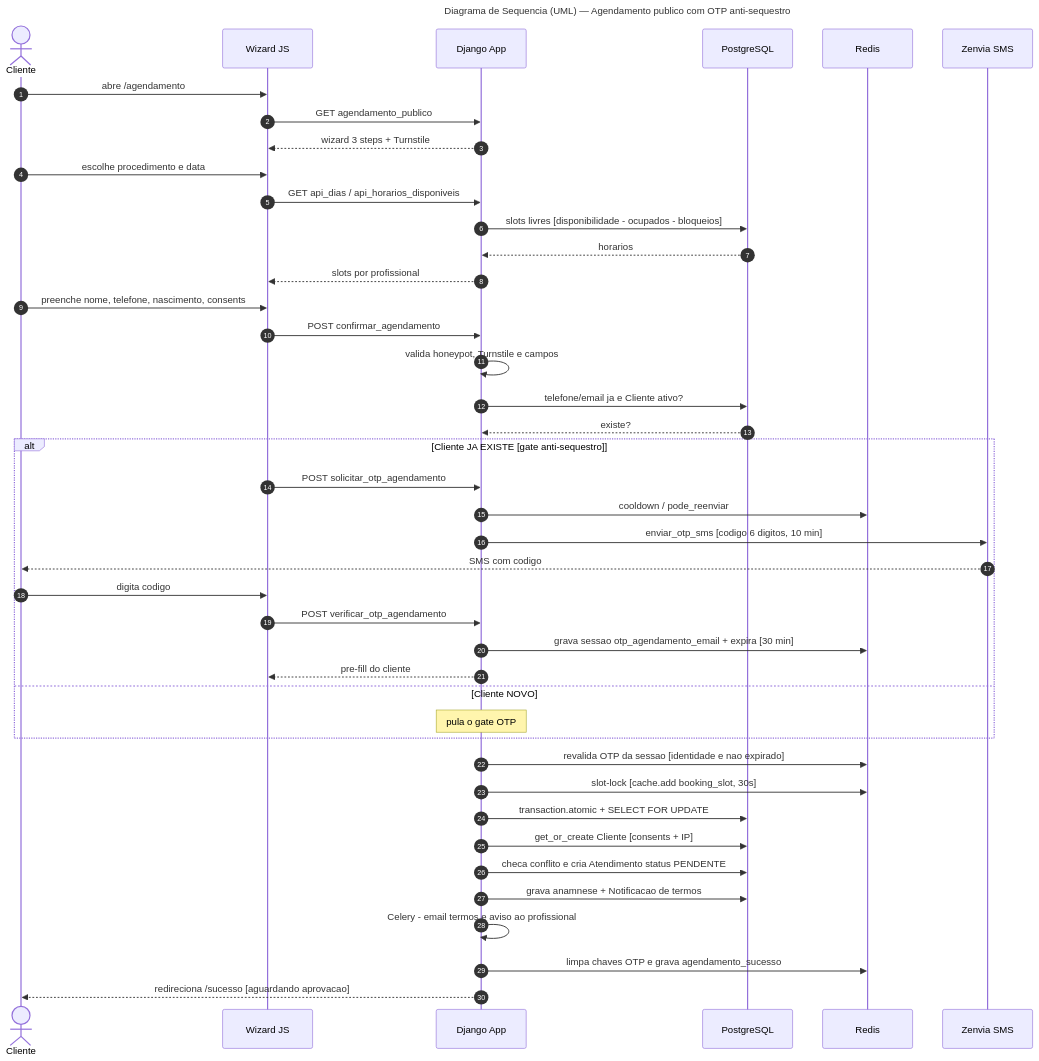
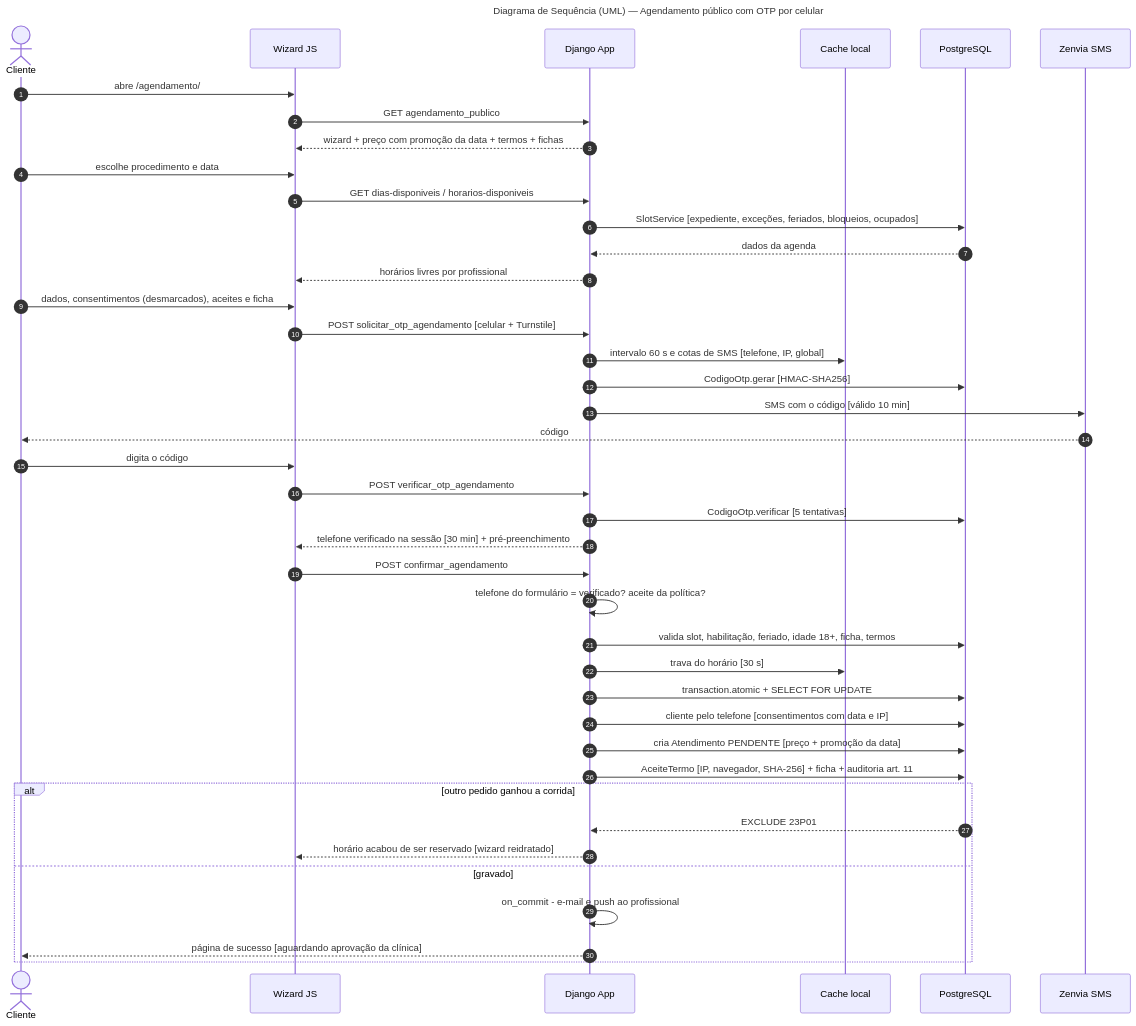
One commit to RafaelSMaciel/jaqueline-aranha-estetica changed the diagram in docs/diagramas/07-sequencia-agendamento-otp.mmd. Above: the diagram before and after it, drawn with Mermaid. The commit also changed 30 other files, not shown here.

```diff
--- a/docs/diagramas/07-sequencia-agendamento-otp.mmd
+++ b/docs/diagramas/07-sequencia-agendamento-otp.mmd
@@ -1,50 +1,48 @@
 ---
-title: Diagrama de Sequencia (UML) — Agendamento publico com OTP anti-sequestro
+title: Diagrama de Sequência (UML) — Agendamento público com OTP por celular
 ---
 sequenceDiagram
     autonumber
     actor C as Cliente
     participant W as Wizard JS
     participant D as Django App
+    participant K as Cache local
     participant DB as PostgreSQL
-    participant R as Redis
     participant Z as Zenvia SMS
 
-    C->>W: abre /agendamento
+    C->>W: abre /agendamento/
     W->>D: GET agendamento_publico
-    D-->>W: wizard 3 steps + Turnstile
+    D-->>W: wizard + preço com promoção da data + termos + fichas
 
     C->>W: escolhe procedimento e data
-    W->>D: GET api_dias / api_horarios_disponiveis
-    D->>DB: slots livres [disponibilidade - ocupados - bloqueios]
-    DB-->>D: horarios
-    D-->>W: slots por profissional
+    W->>D: GET dias-disponiveis / horarios-disponiveis
+    D->>DB: SlotService [expediente, exceções, feriados, bloqueios, ocupados]
+    DB-->>D: dados da agenda
+    D-->>W: horários livres por profissional
 
-    C->>W: preenche nome, telefone, nascimento, consents
+    C->>W: dados, consentimentos (desmarcados), aceites e ficha
+    W->>D: POST solicitar_otp_agendamento [celular + Turnstile]
+    D->>K: intervalo 60 s e cotas de SMS [telefone, IP, global]
+    D->>DB: CodigoOtp.gerar [HMAC-SHA256]
+    D->>Z: SMS com o código [válido 10 min]
+    Z-->>C: código
+    C->>W: digita o código
+    W->>D: POST verificar_otp_agendamento
+    D->>DB: CodigoOtp.verificar [5 tentativas]
+    D-->>W: telefone verificado na sessão [30 min] + pré-preenchimento
+
     W->>D: POST confirmar_agendamento
-    D->>D: valida honeypot, Turnstile e campos
-    D->>DB: telefone/email ja e Cliente ativo?
-    DB-->>D: existe?
-
-    alt Cliente JA EXISTE [gate anti-sequestro]
-        W->>D: POST solicitar_otp_agendamento
-        D->>R: cooldown / pode_reenviar
-        D->>Z: enviar_otp_sms [codigo 6 digitos, 10 min]
-        Z-->>C: SMS com codigo
-        C->>W: digita codigo
-        W->>D: POST verificar_otp_agendamento
-        D->>R: grava sessao otp_agendamento_email + expira [30 min]
-        D-->>W: pre-fill do cliente
-    else Cliente NOVO
-        Note over D: pula o gate OTP
+    D->>D: telefone do formulário = verificado? aceite da política?
+    D->>DB: valida slot, habilitação, feriado, idade 18+, ficha, termos
+    D->>K: trava do horário [30 s]
+    D->>DB: transaction.atomic + SELECT FOR UPDATE
+    D->>DB: cliente pelo telefone [consentimentos com data e IP]
+    D->>DB: cria Atendimento PENDENTE [preço + promoção da data]
+    D->>DB: AceiteTermo [IP, navegador, SHA-256] + ficha + auditoria art. 11
+    alt outro pedido ganhou a corrida
+        DB-->>D: EXCLUDE 23P01
+        D-->>W: horário acabou de ser reservado [wizard reidratado]
+    else gravado
+        D->>D: on_commit - e-mail e push ao profissional
+        D-->>C: página de sucesso [aguardando aprovação da clínica]
     end
-
-    D->>R: revalida OTP da sessao [identidade e nao expirado]
-    D->>R: slot-lock [cache.add booking_slot, 30s]
-    D->>DB: transaction.atomic + SELECT FOR UPDATE
-    D->>DB: get_or_create Cliente [consents + IP]
-    D->>DB: checa conflito e cria Atendimento status PENDENTE
-    D->>DB: grava anamnese + Notificacao de termos
-    D->>D: Celery - email termos e aviso ao profissional
-    D->>R: limpa chaves OTP e grava agendamento_sucesso
-    D-->>C: redireciona /sucesso [aguardando aprovacao]
```
